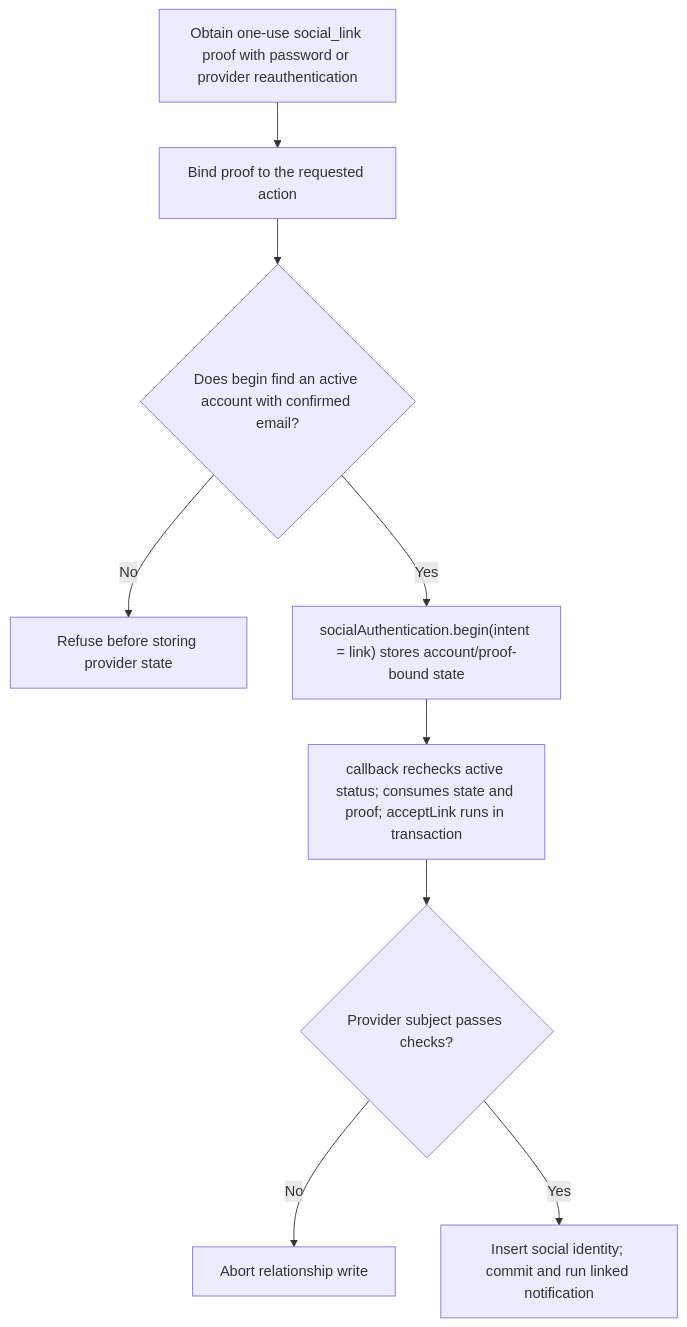
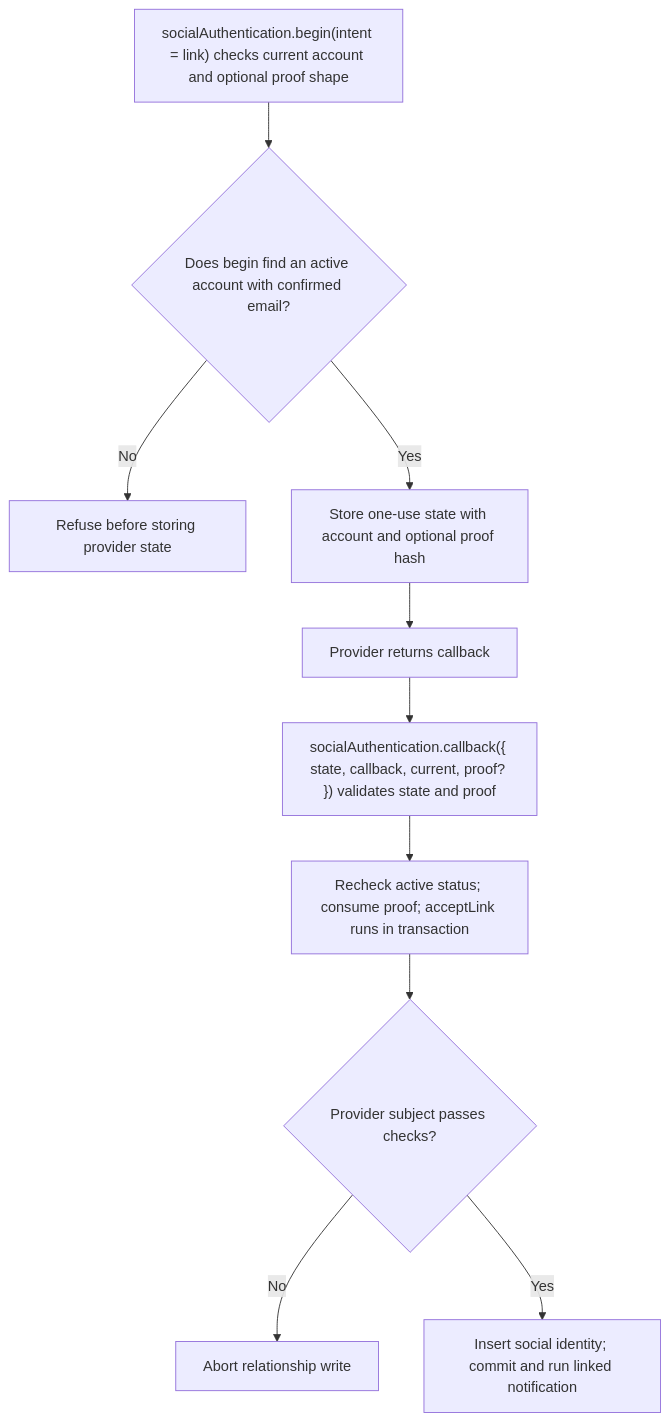
The second of 2 diagrams in user-stories/US-ACCOUNT-21-link-social-identity.md (Kevinjohn/oss-adonisjs-account-kit), drawn with Mermaid before and after one commit. The commit also changed other lines of this file and 15 other files, not shown here.

````diff
--- a/user-stories/US-ACCOUNT-21-link-social-identity.md
+++ b/user-stories/US-ACCOUNT-21-link-social-identity.md
@@ -32,11 +34,12 @@
 ```mermaid
 flowchart TD
- A["Obtain one-use social_link proof with password or provider reauthentication"] --> B["Bind proof to the requested action"]
- B --> C{"Does begin find an active account with confirmed email?"}
- C -->|No| D["Refuse before storing provider state"]
- C -->|Yes| E["socialAuthentication.begin(intent = link) stores account/proof-bound state"]
- E --> D2["callback rechecks active status; consumes state and proof; acceptLink runs in transaction"]
- D2 --> F{"Provider subject passes checks?"}
- F -->|No| G["Abort relationship write"]
- F -->|Yes| H["Insert social identity; commit and run linked notification"]
+ A["socialAuthentication.begin(intent = link) checks current account and optional proof shape"] --> B{"Does begin find an active account with confirmed email?"}
+ B -->|No| C["Refuse before storing provider state"]
+ B -->|Yes| D["Store one-use state with account and optional proof hash"]
+ D --> E["Provider returns callback"]
+ E --> F["socialAuthentication.callback({ state, callback, current, proof? }) validates state and proof"]
+ F --> G["Recheck active status; consume proof; acceptLink runs in transaction"]
+ G --> H{"Provider subject passes checks?"}
+ H -->|No| I["Abort relationship write"]
+ H -->|Yes| J["Insert social identity; commit and run linked notification"]
 ```
````
